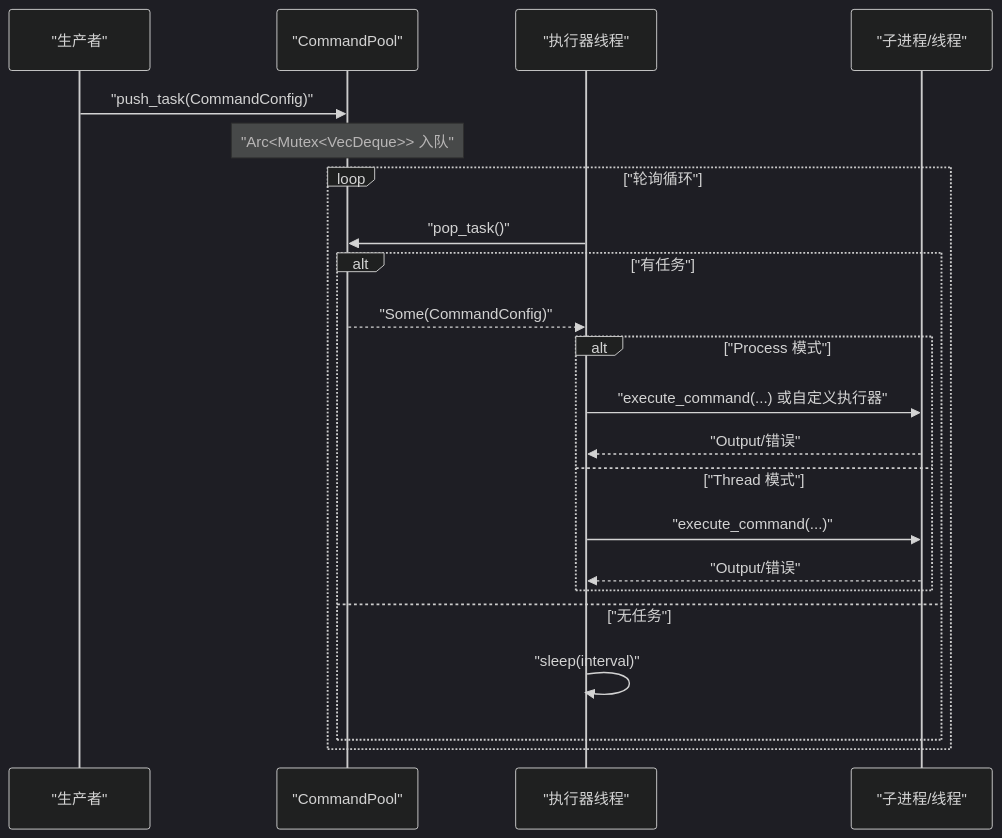
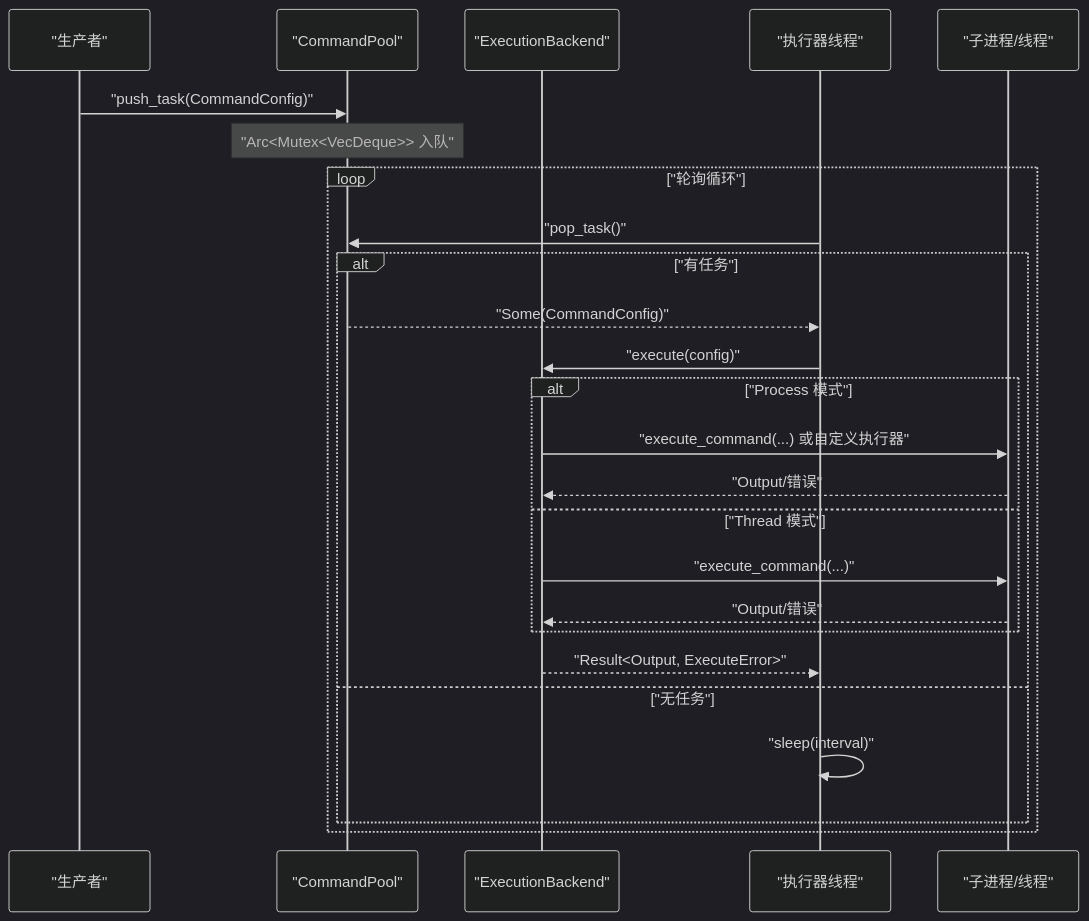
The second of 4 diagrams in .qoder/repowiki/zh/content/核心 API 参考/CommandPool API.md (xcry2006/execute), drawn with Mermaid (dark theme) before and after one commit. The commit also changed other lines of this file and 9 other files, not shown here.

````diff
--- a/.qoder/repowiki/zh/content/核心 API 参考/CommandPool API.md
+++ b/.qoder/repowiki/zh/content/核心 API 参考/CommandPool API.md
@@ -116,24 +102,27 @@
 ```mermaid
 sequenceDiagram
 participant Producer as "生产者"
 participant Pool as "CommandPool"
+participant Backend as "ExecutionBackend"
 participant Exec as "执行器线程"
 participant Proc as "子进程/线程"
 Producer->>Pool : "push_task(CommandConfig)"
 Note over Pool : "Arc<Mutex<VecDeque>> 入队"
 loop "轮询循环"
 Exec->>Pool : "pop_task()"
 alt "有任务"
 Pool-->>Exec : "Some(CommandConfig)"
+Exec->>Backend : "execute(config)"
 alt "Process 模式"
-Exec->>Proc : "execute_command(...) 或自定义执行器"
-Proc-->>Exec : "Output/错误"
+Backend->>Proc : "execute_command(...) 或自定义执行器"
+Proc-->>Backend : "Output/错误"
 else "Thread 模式"
-Exec->>Proc : "execute_command(...)"
-Proc-->>Exec : "Output/错误"
+Backend->>Proc : "execute_command(...)"
+Proc-->>Backend : "Output/错误"
 end
+Backend-->>Exec : "Result<Output, ExecuteError>"
 else "无任务"
 Exec->>Exec : "sleep(interval)"
 end
 end
 ```
````
